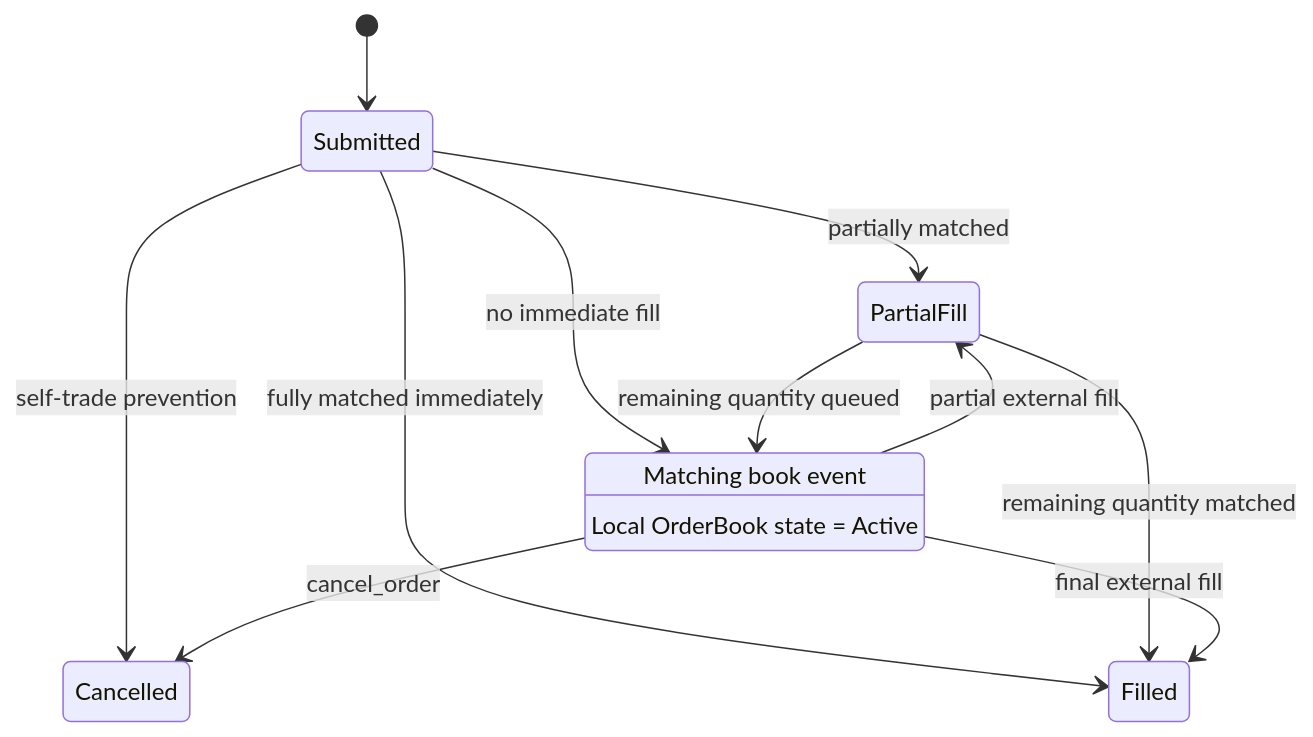
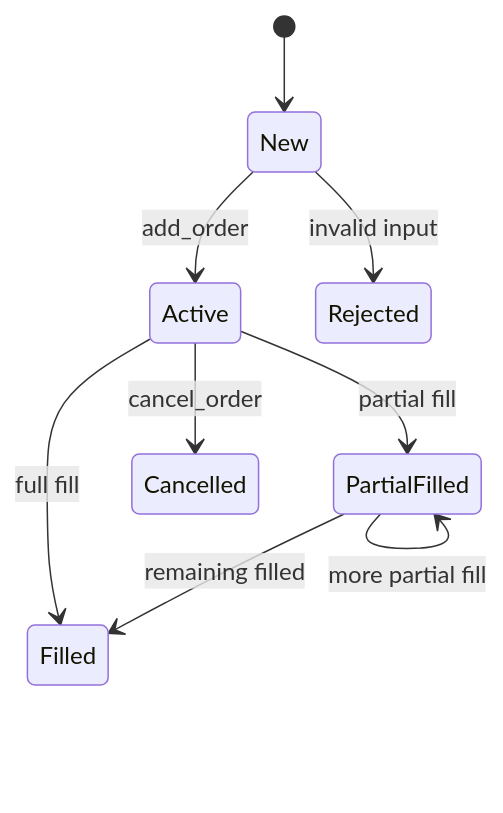
One commit to 12mango/ToyQuant-v1 changed the third of 5 diagrams in docs/ARCHITECTURE.md. Above: the diagram before and after it, drawn with Mermaid. The commit also changed other lines of this file and 4 other files, not shown here.

````diff
--- a/docs/ARCHITECTURE.md
+++ b/docs/ARCHITECTURE.md
@@ -51,15 +143,11 @@
 ```mermaid
 stateDiagram-v2
-    [*] --> Submitted
-    Submitted --> Cancelled: self-trade prevention
-    Submitted --> Filled: fully matched immediately
-    Submitted --> PartialFill: partially matched
-    Submitted --> Resting: no immediate fill
-    PartialFill --> Filled: remaining quantity matched
-    PartialFill --> Resting: remaining quantity queued
-    Resting --> PartialFill: partial external fill
-    Resting --> Filled: final external fill
-    Resting --> Cancelled: cancel_order
-    Resting: Matching book event
-    Resting: Local OrderBook state = Active
+    [*] --> New
+    New --> Active: add_order
+    Active --> PartialFilled: partial fill
+    PartialFilled --> PartialFilled: more partial fill
+    Active --> Filled: full fill
+    PartialFilled --> Filled: remaining filled
+    Active --> Cancelled: cancel_order
+    New --> Rejected: invalid input
 ```
````
